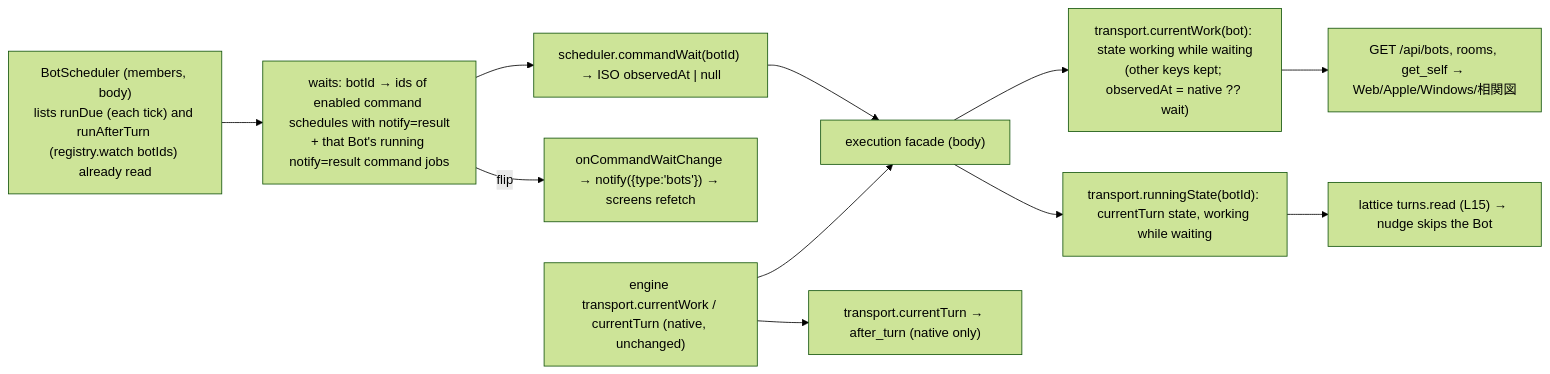
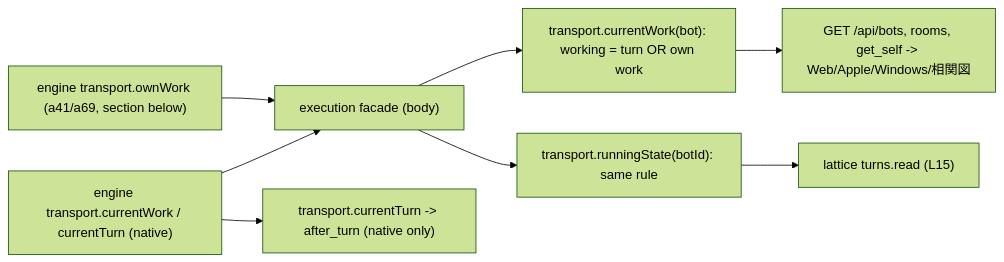
Before and after one commit to kitepon/BellTeam: the fourth of 5 diagrams in docs/architecture/modules/execution/current-work.md, drawn with Mermaid (forest theme). The commit also changed other lines of this file and 4 other files, not shown here.

First line of the commit message:
execution: a schedule never makes a Bot read running (a71)

````diff
--- a/docs/architecture/modules/execution/current-work.md
+++ b/docs/architecture/modules/execution/current-work.md
@@ -144,13 +144,10 @@
 ```mermaid
 flowchart LR
-  Sched["BotScheduler (members, body)<br/>lists runDue (each tick) and runAfterTurn (registry.watch botIds) already read"] --> Waits["waits: botId → ids of enabled command schedules with notify=result<br/>+ that Bot's running notify=result command jobs"]
-  Waits --> Read["scheduler.commandWait(botId) → ISO observedAt | null"]
-  Waits -->|flip| Notify["onCommandWaitChange → notify({type:'bots'}) → screens refetch"]
-  Native["engine transport.currentWork / currentTurn (native, unchanged)"] --> Facade["execution facade (body)"]
-  Read --> Facade
-  Facade --> Work["transport.currentWork(bot): state working while waiting<br/>(other keys kept; observedAt = native ?? wait)"]
-  Facade --> Running["transport.runningState(botId): currentTurn state, working while waiting"]
-  Work --> Screens["GET /api/bots, rooms, get_self → Web/Apple/Windows/相関図"]
-  Running --> Lattice["lattice turns.read (L15) → nudge skips the Bot"]
-  Native --> AfterTurn["transport.currentTurn → after_turn (native only)"]
+  Native["engine transport.currentWork / currentTurn (native)"] --> Facade["execution facade (body)"]
+  Own["engine transport.ownWork (a41/a69, section below)"] --> Facade
+  Facade --> Work["transport.currentWork(bot): working = turn OR own work"]
+  Facade --> Running["transport.runningState(botId): same rule"]
+  Work --> Screens["GET /api/bots, rooms, get_self -> Web/Apple/Windows/相関図"]
+  Running --> Lattice["lattice turns.read (L15)"]
+  Native --> AfterTurn["transport.currentTurn -> after_turn (native only)"]
 ```
````
